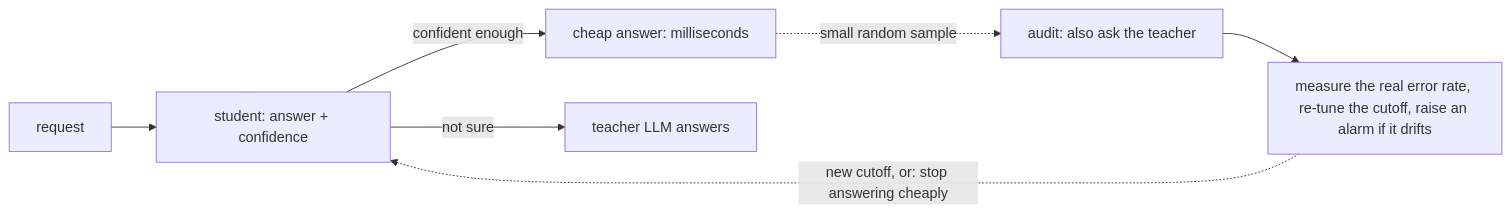
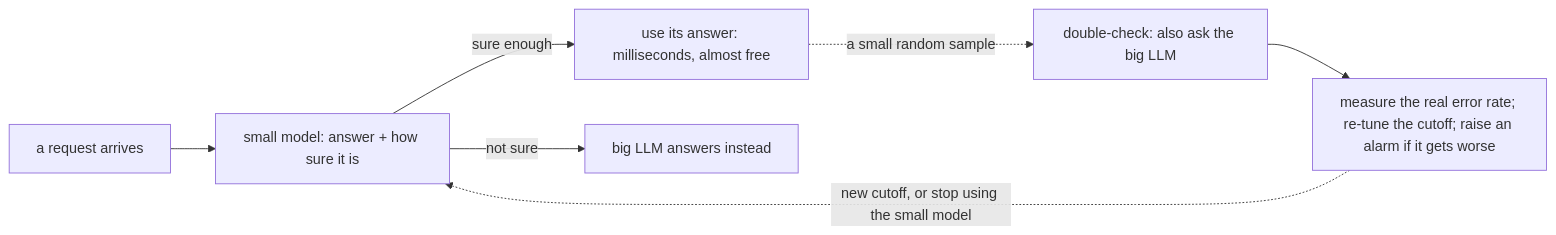
The diagram in README.md (pandey0/cascade), drawn with Mermaid before and after one commit. The commit also changed other lines of this file, not shown here.

Commit message:
docs(readme): start from everyday context, define teacher/student/cutoff in plain words, move research credit later

````diff
--- a/README.md
+++ b/README.md
@@ -25,9 +39,9 @@
 ```mermaid
 flowchart LR
-  R[request] --> S[student: answer + confidence]
-  S -- "confident enough" --> C[cheap answer: milliseconds]
-  S -- "not sure" --> T[teacher LLM answers]
-  C -. "small random sample" .-> A[audit: also ask the teacher]
-  A --> M[measure the real error rate, re-tune the cutoff, raise an alarm if it drifts]
-  M -. "new cutoff, or: stop answering cheaply" .-> S
+  R[a request arrives] --> S[small model: answer + how sure it is]
+  S -- "sure enough" --> C[use its answer: milliseconds, almost free]
+  S -- "not sure" --> T[big LLM answers instead]
+  C -. "a small random sample" .-> A[double-check: also ask the big LLM]
+  A --> M[measure the real error rate; re-tune the cutoff; raise an alarm if it gets worse]
+  M -. "new cutoff, or stop using the small model" .-> S
 ```
````
